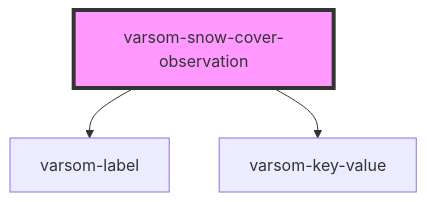
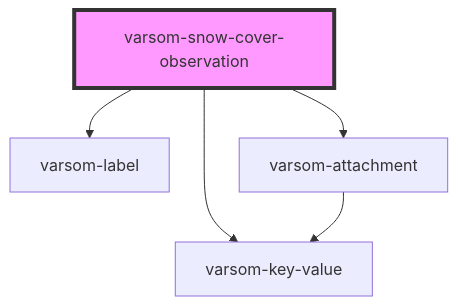
One commit to NVE/varsom-observation changed the diagram in observasjonskort/src/components/varsom-snow-cover-observation/readme.md. Above: the diagram before and after it, drawn with Mermaid. The commit also changed other lines of this file and 34 other files, not shown here.

````diff
--- a/observasjonskort/src/components/varsom-snow-cover-observation/readme.md
+++ b/observasjonskort/src/components/varsom-snow-cover-observation/readme.md
@@ -30,6 +32,8 @@
 ```mermaid
 graph TD;
   varsom-snow-cover-observation --> varsom-label
   varsom-snow-cover-observation --> varsom-key-value
+  varsom-snow-cover-observation --> varsom-attachment
+  varsom-attachment --> varsom-key-value
   style varsom-snow-cover-observation fill:#f9f,stroke:#333,stroke-width:4px
 ```
````
